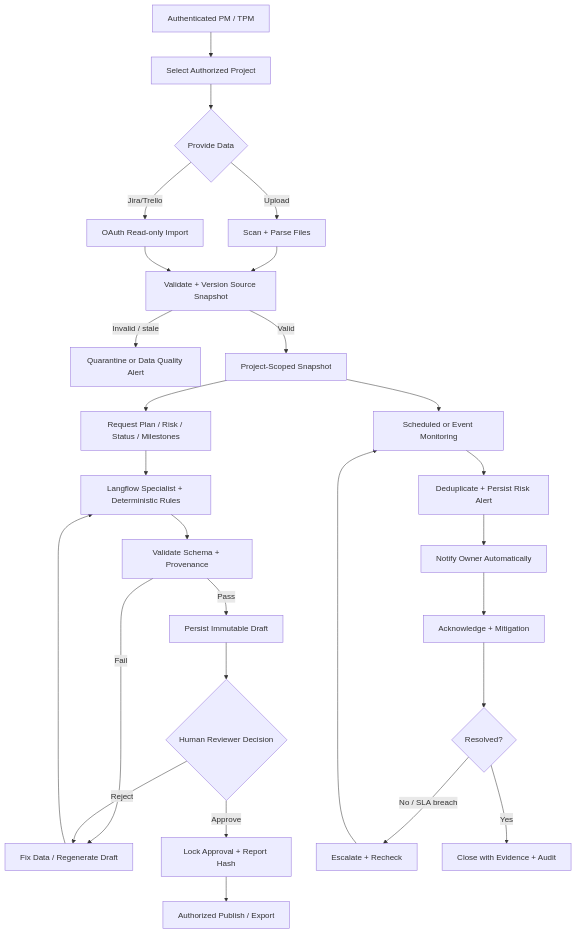
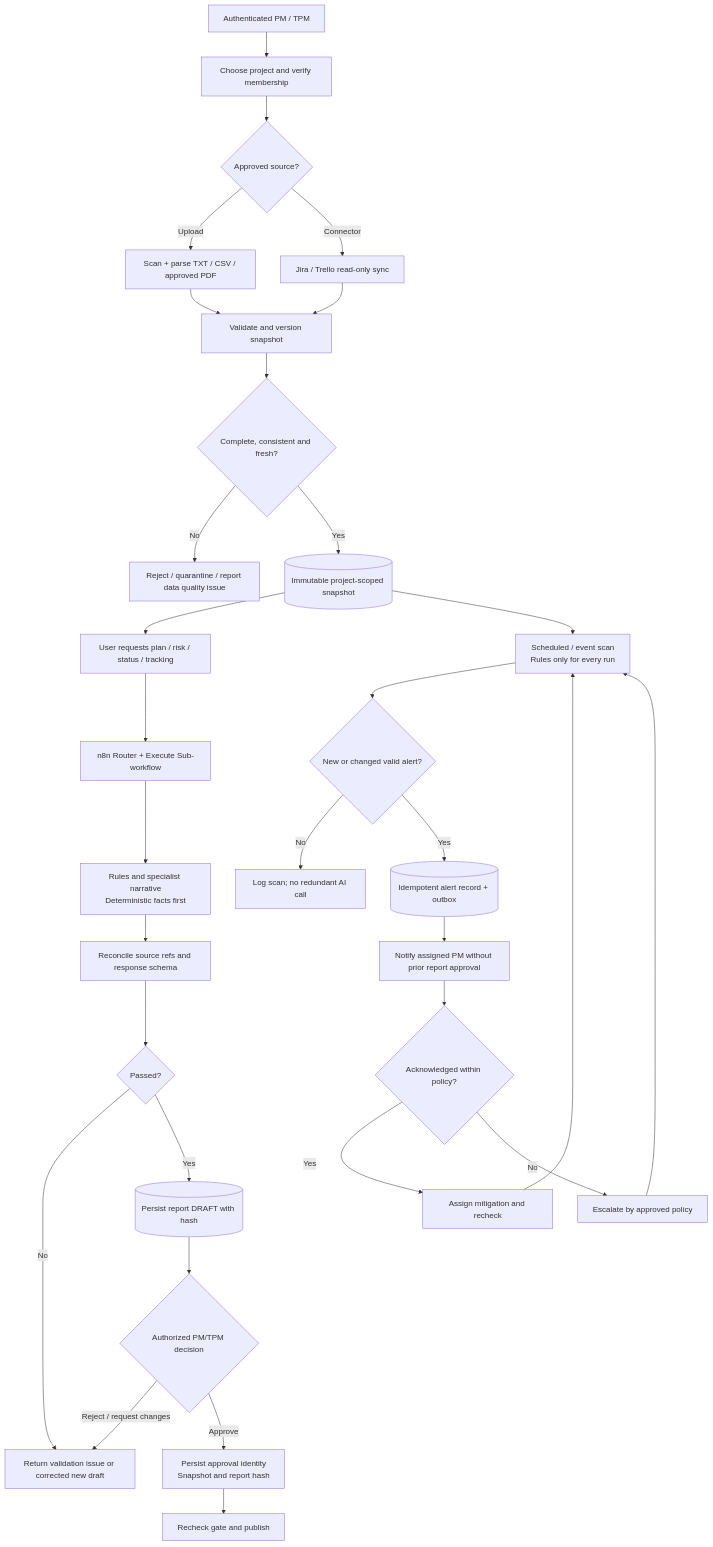
The second of 7 diagrams in docs/Mira_Architecture.md (srinivasallenki99-hue/mira-ai-project-intelligence), drawn with Mermaid before and after one commit. The commit also changed other lines of this file, not shown here.

````diff
--- a/docs/Mira_Architecture.md
+++ b/docs/Mira_Architecture.md
@@ -59,29 +68,33 @@
 ```mermaid
 flowchart TD
- A["Authenticated PM / TPM"] --> B["Select Authorized Project"]
- B --> C{"Provide Data"}
- C -->|"Upload"| D["Scan + Parse Files"]
- C -->|"Jira/Trello"| E["OAuth Read-only Import"]
- D --> F["Validate + Version Source Snapshot"]
- E --> F
- F -->|"Invalid / stale"| X["Quarantine or Data Quality Alert"]
- F -->|"Valid"| G["Project-Scoped Snapshot"]
- G --> H["Request Plan / Risk / Status / Milestones"]
- H --> I["Langflow Specialist + Deterministic Rules"]
- I --> J["Validate Schema + Provenance"]
- J -->|"Fail"| K["Fix Data / Regenerate Draft"]
- K --> I
- J -->|"Pass"| L["Persist Immutable Draft"]
- L --> N{"Human Reviewer Decision"}
- N -->|"Reject"| K
- N -->|"Approve"| O["Lock Approval + Report Hash"]
- O --> P["Authorized Publish / Export"]
- G --> SCH["Scheduled or Event Monitoring"]
- SCH --> R["Deduplicate + Persist Risk Alert"]
- R --> S["Notify Owner Automatically"]
- S --> T["Acknowledge + Mitigation"]
- T --> V{"Resolved?"}
- V -->|"No / SLA breach"| W["Escalate + Recheck"]
- W --> SCH
- V -->|"Yes"| Z["Close with Evidence + Audit"]
+  U["Authenticated PM / TPM"] --> PROJECT["Choose project and verify membership"]
+  PROJECT --> SRC{"Approved source?"}
+  SRC -->|Upload| UP["Scan + parse TXT / CSV / approved PDF"]
+  SRC -->|Connector| API["Jira / Trello read-only sync"]
+  UP --> CHECK["Validate and version snapshot"]
+  API --> CHECK
+  CHECK --> OK{"Complete, consistent and fresh?"}
+  OK -->|No| ERR["Reject / quarantine / report data quality issue"]
+  OK -->|Yes| SNAP[("Immutable project-scoped snapshot")]
+  SNAP --> REQUEST["User requests plan / risk / status / tracking"]
+  REQUEST --> ROUTER["n8n Router + Execute Sub-workflow"]
+  ROUTER --> FACT["Rules and specialist narrative<br/>Deterministic facts first"]
+  FACT --> VALID["Reconcile source refs and response schema"]
+  VALID --> PASS{"Passed?"}
+  PASS -->|No| FIX["Return validation issue or corrected new draft"]
+  PASS -->|Yes| DRAFT[("Persist report DRAFT with hash")]
+  DRAFT --> HUMAN{"Authorized PM/TPM decision"}
+  HUMAN -->|Reject / request changes| FIX
+  HUMAN -->|Approve| LOCK["Persist approval identity<br/>Snapshot and report hash"]
+  LOCK --> PUB["Recheck gate and publish"]
+  SNAP --> SCAN["Scheduled / event scan<br/>Rules only for every run"]
+  SCAN --> CHANGE{"New or changed valid alert?"}
+  CHANGE -->|No| RUNLOG["Log scan; no redundant AI call"]
+  CHANGE -->|Yes| REGISTER[("Idempotent alert record + outbox")]
+  REGISTER --> NOTIFY["Notify assigned PM without prior report approval"]
+  NOTIFY --> ACK{"Acknowledged within policy?"}
+  ACK -->|Yes| ACTION["Assign mitigation and recheck"]
+  ACK -->|No| ESC["Escalate by approved policy"]
+  ACTION --> SCAN
+  ESC --> SCAN
 ```
````
